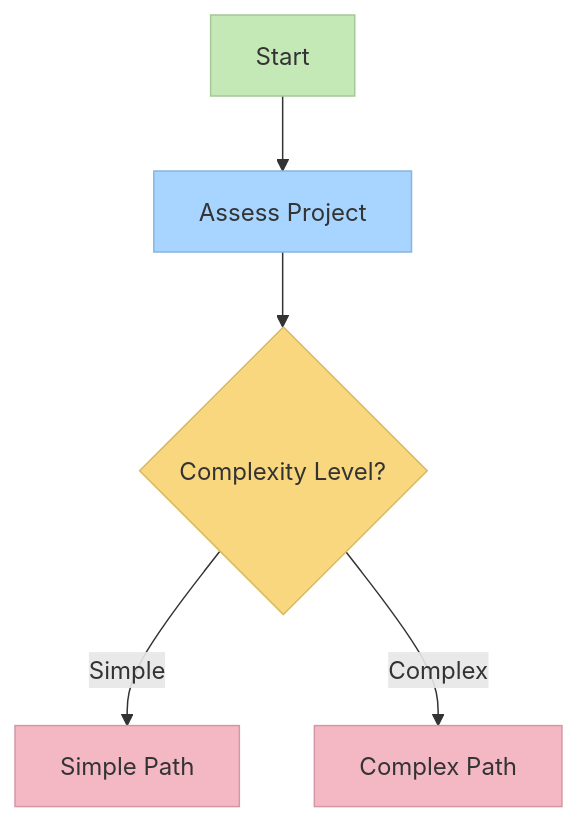
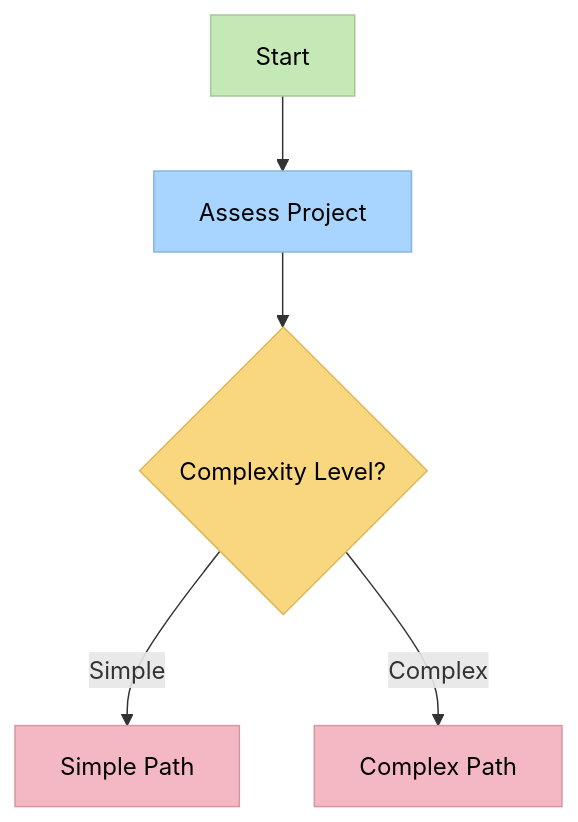
Diagram 11 of 11 in memory_bank_upgrade_guide.md (ac484/ng-ac), drawn with Mermaid before and after one commit. The commit also changed other lines of this file and 18 other files, not shown here.

````diff
--- a/memory_bank_upgrade_guide.md
+++ b/memory_bank_upgrade_guide.md
@@ -551,13 +551,13 @@
 ```mermaid
 graph TD
     Start[Start] --> Assess[Assess Project]
     Assess --> Complexity{Complexity Level?}
     Complexity -->|Simple| SimplePath[Simple Path]
     Complexity -->|Complex| ComplexPath[Complex Path]
     
-    style Start fill:#c5e8b7,stroke:#a5c897
-    style Assess fill:#a8d5ff,stroke:#88b5e0
-    style Complexity fill:#f9d77e,stroke:#d9b95c
-    style SimplePath fill:#f4b8c4,stroke:#d498a4
-    style ComplexPath fill:#f4b8c4,stroke:#d498a4
+    style Start fill:#c5e8b7,stroke:#a5c897,color:black
+    style Assess fill:#a8d5ff,stroke:#88b5e0,color:black
+    style Complexity fill:#f9d77e,stroke:#d9b95c,color:black
+    style SimplePath fill:#f4b8c4,stroke:#d498a4,color:black
+    style ComplexPath fill:#f4b8c4,stroke:#d498a4,color:black
 ```
````
